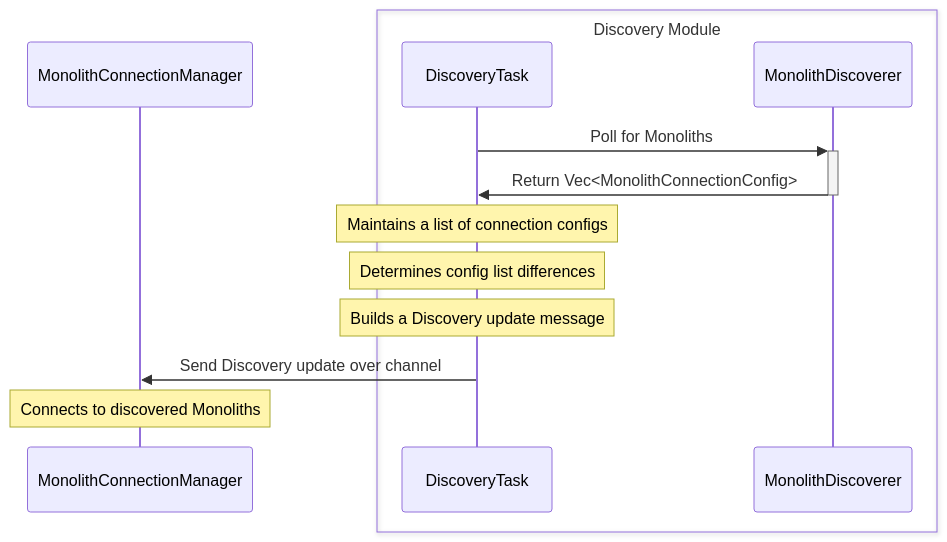
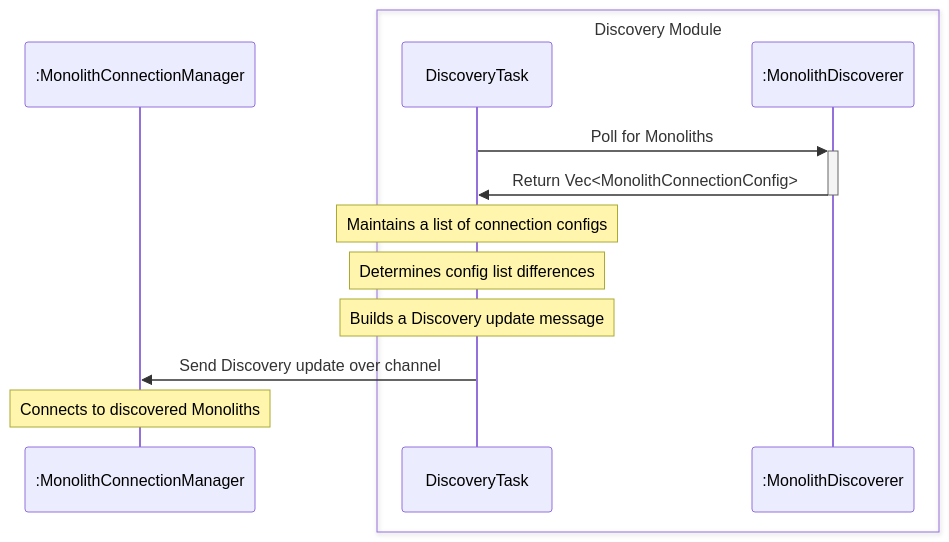
One commit to dyc3/senior-design changed the diagram in figures/general-sequence-discovery.mmd. Above: the diagram before and after it, drawn with Mermaid. The commit also changed other lines of this file and 9 other files, not shown here.

First line of the commit message:
object notation in sequence diagrams (#206)

```diff
--- a/figures/general-sequence-discovery.mmd
+++ b/figures/general-sequence-discovery.mmd
@@ -1,14 +1,14 @@
 sequenceDiagram
-    participant MonolithConnectionManager
+    participant MCM as :MonolithConnectionManager
     box Discovery Module
-    participant DiscoveryTask
-    participant MonolithDiscoverer
+    participant DT as DiscoveryTask
+    participant MD as :MonolithDiscoverer
     end
 
-    DiscoveryTask->>+MonolithDiscoverer: Poll for Monoliths
-    MonolithDiscoverer->>-DiscoveryTask: Return Vec<MonolithConnectionConfig>
-    Note over DiscoveryTask: Maintains a list of connection configs
-    Note over DiscoveryTask: Determines config list differences
-    Note over DiscoveryTask: Builds a Discovery update message
-    DiscoveryTask->>MonolithConnectionManager: Send Discovery update over channel
-    Note over MonolithConnectionManager: Connects to discovered Monoliths
+    DT->>+MD: Poll for Monoliths
+    MD->>-DT: Return Vec<MonolithConnectionConfig>
+    Note over DT: Maintains a list of connection configs
+    Note over DT: Determines config list differences
+    Note over DT: Builds a Discovery update message
+    DT->>MCM: Send Discovery update over channel
+    Note over MCM: Connects to discovered Monoliths
```
